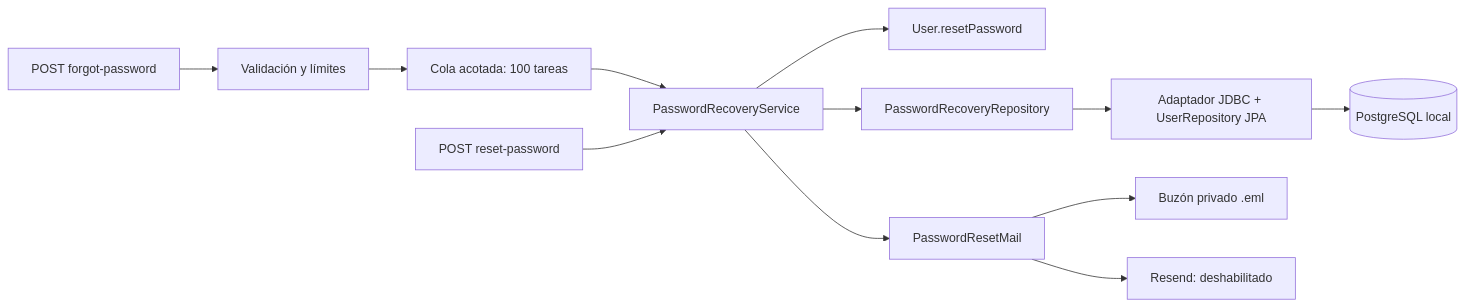
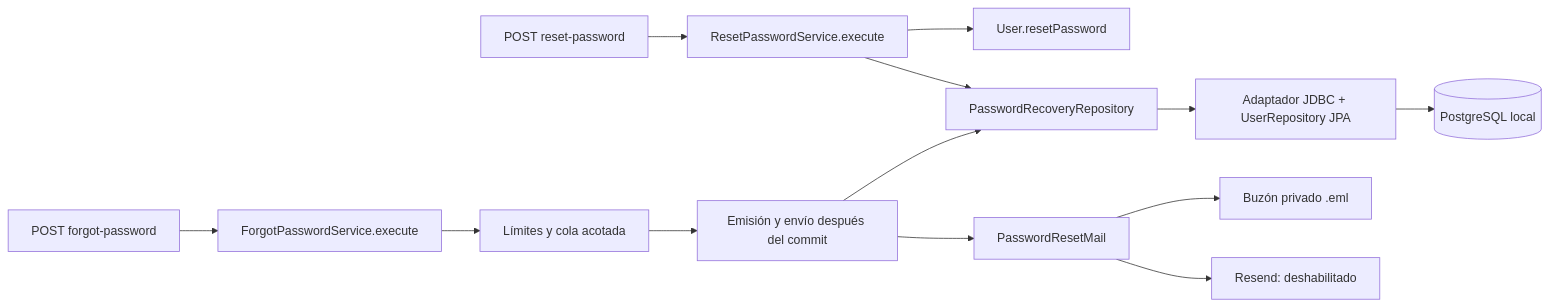
One commit to iJosueeh/jaldishop changed the diagram in backend/docs/password-recovery/README.md. Above: the diagram before and after it, drawn with Mermaid. The commit also changed other lines of this file and 17 other files, not shown here.

Commit message:
refactor(identity): align password recovery use cases with execute

````diff
--- a/backend/docs/password-recovery/README.md
+++ b/backend/docs/password-recovery/README.md
@@ -15,14 +15,15 @@
 ```mermaid
 flowchart LR
-    F[POST forgot-password] --> Q[Validación y límites]
-    Q --> A[Cola acotada: 100 tareas]
-    A --> S[PasswordRecoveryService]
-    R[POST reset-password] --> S
-    S --> U[User.resetPassword]
-    S --> P[PasswordRecoveryRepository]
+    F[POST forgot-password] --> FP[ForgotPasswordService.execute]
+    FP --> Q[Límites y cola acotada]
+    Q --> I[Emisión y envío después del commit]
+    R[POST reset-password] --> RP[ResetPasswordService.execute]
+    RP --> U[User.resetPassword]
+    I --> P[PasswordRecoveryRepository]
+    RP --> P
     P --> D[Adaptador JDBC + UserRepository JPA]
     D --> DB[(PostgreSQL local)]
-    S --> M[PasswordResetMail]
+    I --> M[PasswordResetMail]
     M --> L[Buzón privado .eml]
     M --> E[Resend: deshabilitado]
 ```
````
